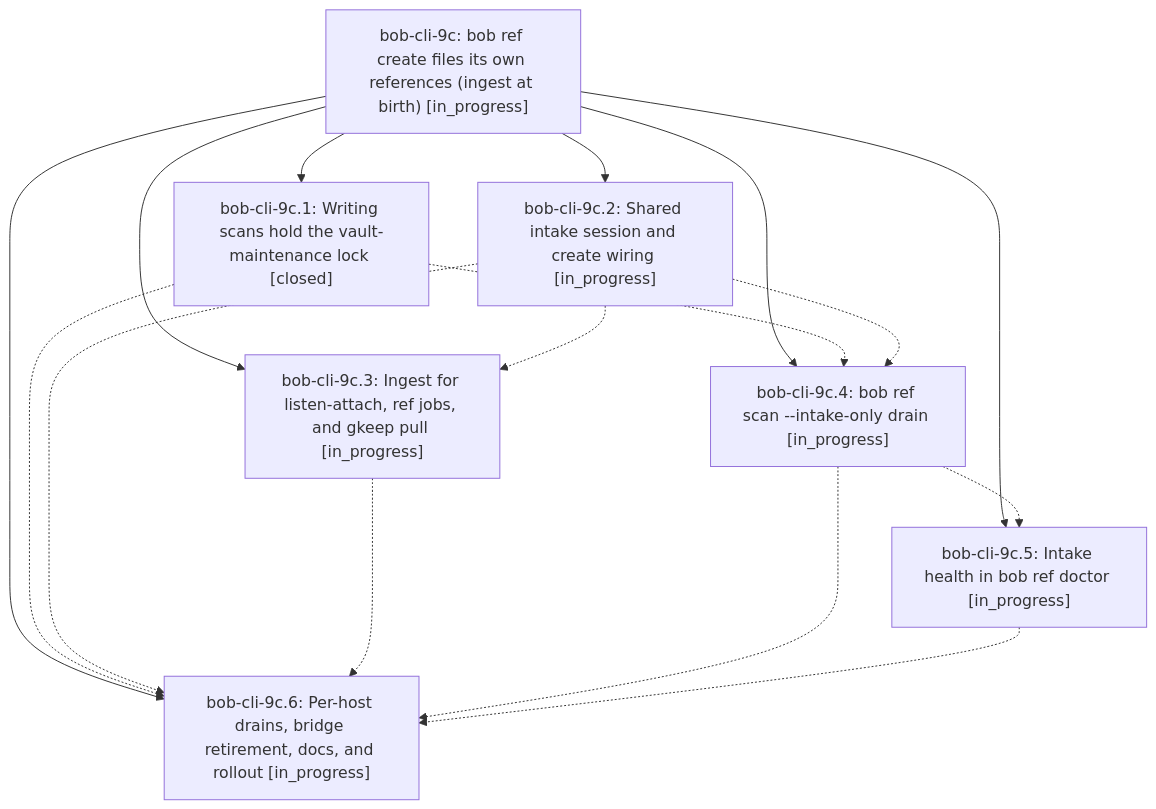
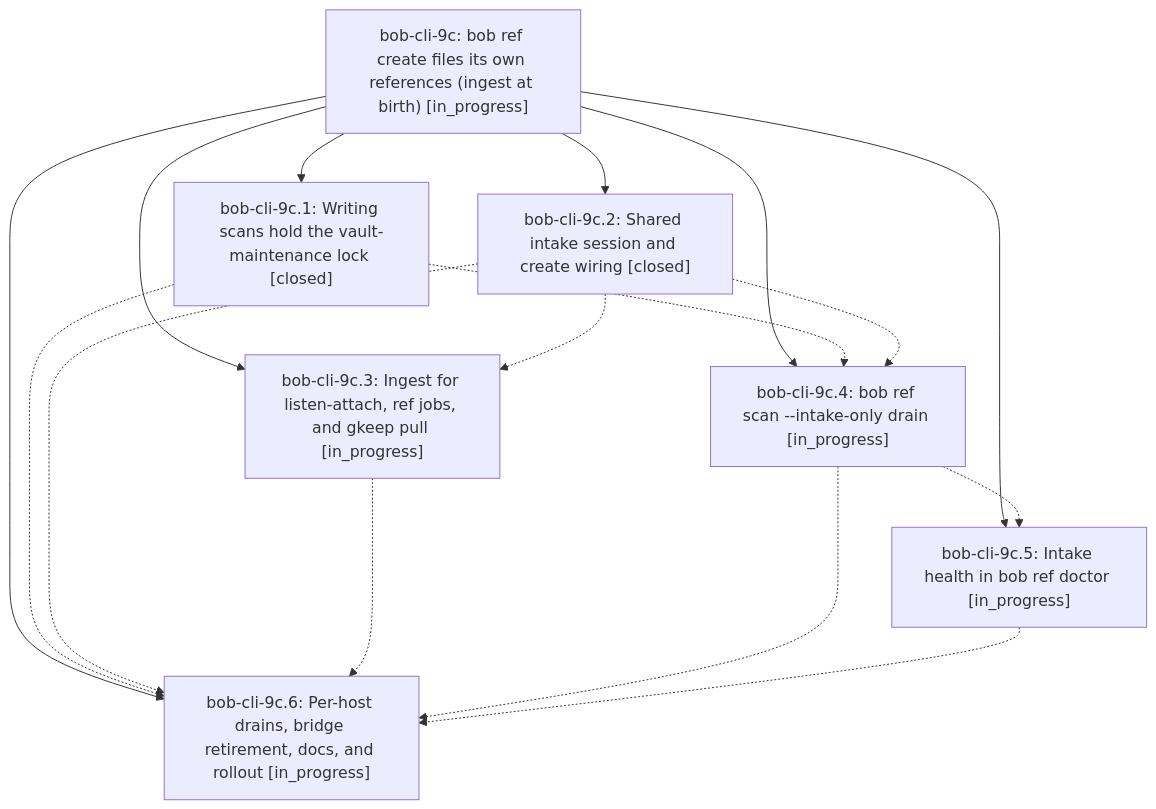
Before and after one commit to bobs-org/bob-cli--beads: the diagram in pages/bob-cli-9c/README.md, drawn with Mermaid. The commit also changed other lines of this file and 5 other files, not shown here.

First line of the commit message:
chore(beads): sync bead state and pages for bob-cli-9c

````diff
--- a/pages/bob-cli-9c/README.md
+++ b/pages/bob-cli-9c/README.md
@@ -27,25 +27,25 @@
 ```mermaid
 flowchart TD
     n0["bob-cli-9c: bob ref create files its own references (ingest at birth) [in_progress]"]
     n1["bob-cli-9c.1: Writing scans hold the vault-maintenance lock [closed]"]
-    n2["bob-cli-9c.2: Shared intake session and create wiring [in_progress]"]
+    n2["bob-cli-9c.2: Shared intake session and create wiring [closed]"]
     n3["bob-cli-9c.3: Ingest for listen-attach, ref jobs, and gkeep pull [in_progress]"]
     n4["bob-cli-9c.4: bob ref scan --intake-only drain [in_progress]"]
     n5["bob-cli-9c.5: Intake health in bob ref doctor [in_progress]"]
     n6["bob-cli-9c.6: Per-host drains, bridge retirement, docs, and rollout [in_progress]"]
     n0 --> n1
     n0 --> n2
     n0 --> n3
     n0 --> n4
     n0 --> n5
     n0 --> n6
     n1 -.-> n4
     n1 -.-> n6
     n2 -.-> n3
     n2 -.-> n4
     n2 -.-> n6
     n3 -.-> n6
     n4 -.-> n5
     n4 -.-> n6
     n5 -.-> n6
 ```
````
